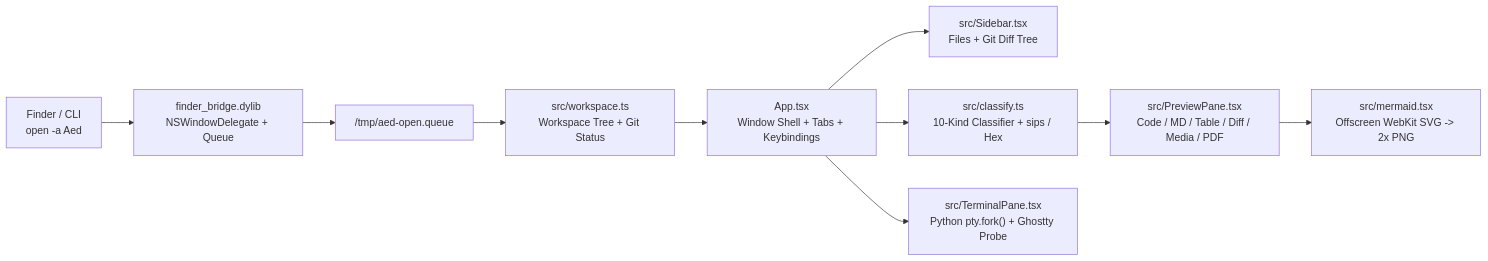
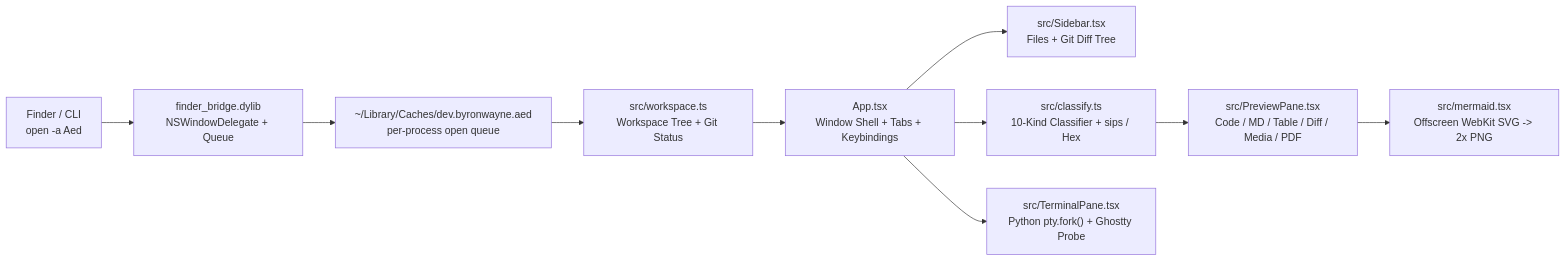
The diagram in README.md (RoacherM/native-editor), drawn with Mermaid before and after one commit. The commit also changed other lines of this file and 13 other files, not shown here.

First line of the commit message:
fix(security): per-user open queue, safe external paths, narrow capabilities (I-018)

````diff
--- a/README.md
+++ b/README.md
@@ -104,12 +104,12 @@
 ```mermaid
 flowchart LR
   Finder["Finder / CLI\nopen -a Aed"] --> Bridge["finder_bridge.dylib\nNSWindowDelegate + Queue"]
-  Bridge --> Queue["/tmp/aed-open.queue"]
+  Bridge --> Queue["~/Library/Caches/dev.byronwayne.aed\nper-process open queue"]
   Queue --> Workspace["src/workspace.ts\nWorkspace Tree + Git Status"]
   Workspace --> App["App.tsx\nWindow Shell + Tabs + Keybindings"]
   App --> Sidebar["src/Sidebar.tsx\nFiles + Git Diff Tree"]
   App --> Classify["src/classify.ts\n10-Kind Classifier + sips / Hex"]
   Classify --> Preview["src/PreviewPane.tsx\nCode / MD / Table / Diff / Media / PDF"]
   Preview --> Mermaid["src/mermaid.tsx\nOffscreen WebKit SVG -> 2x PNG"]
   App --> Terminal["src/TerminalPane.tsx\nPython pty.fork() + Ghostty Probe"]
 ```
````
